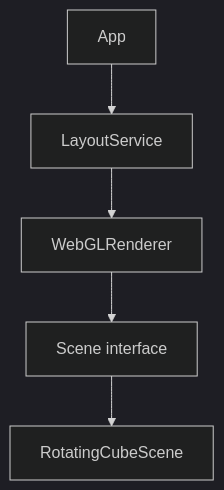
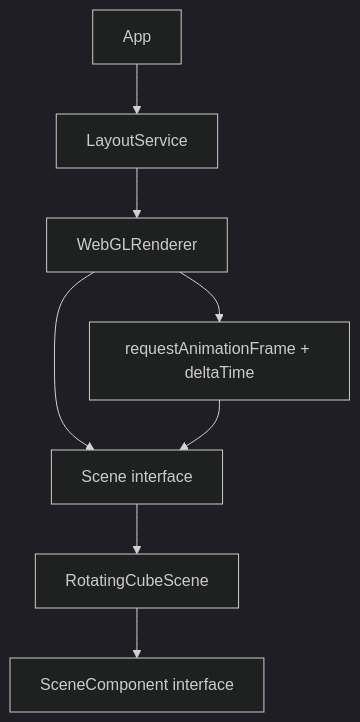
Before and after one commit to kannbaker/rpthree: the diagram in docs/client-arch.md, drawn with Mermaid (dark theme). The commit also changed 7 other files, not shown here.

````diff
--- a/docs/client-arch.md
+++ b/docs/client-arch.md
@@ -3,7 +3,10 @@
 ```mermaid
 flowchart TD
     App["App"] --> LayoutService["LayoutService"]
     LayoutService --> WebGLRenderer["WebGLRenderer"]
     WebGLRenderer --> Scene["Scene interface"]
+    WebGLRenderer --> TickLoop["requestAnimationFrame + deltaTime"]
+    TickLoop --> Scene
     Scene --> RotatingCubeScene["RotatingCubeScene"]
+    RotatingCubeScene --> SceneComponent["SceneComponent interface"]
 ```
````
